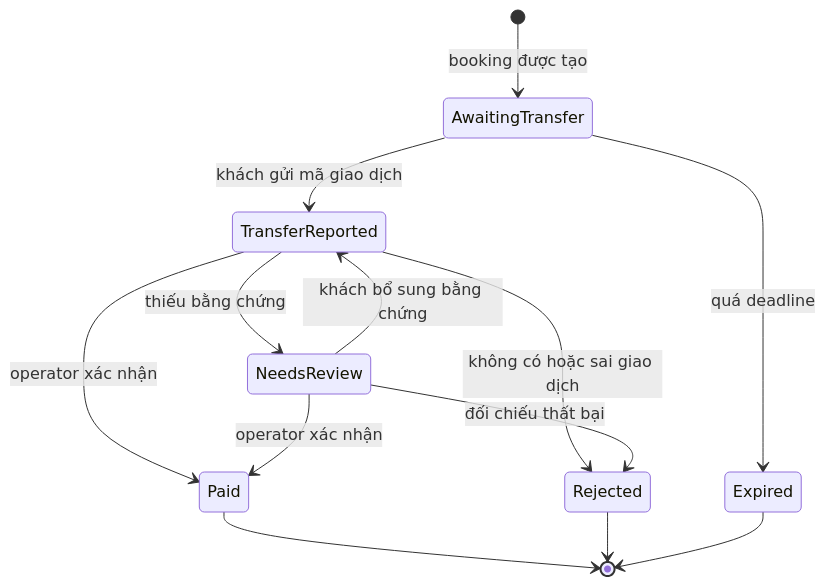
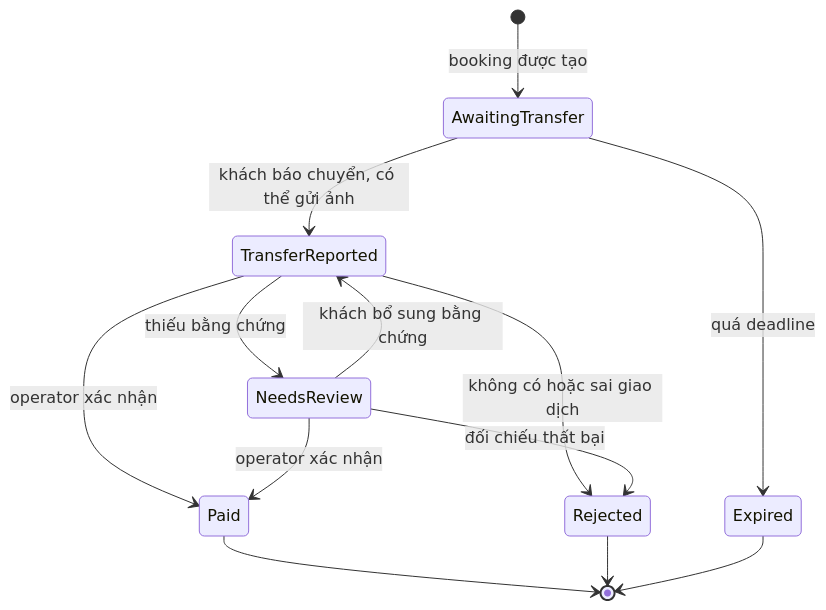
Before and after one commit to nguyendingluong20225878/ShuttleBook: the second of 12 diagrams in docs/02-states-and-sequences.md, drawn with Mermaid. The commit also changed other lines of this file and 111 other files, not shown here.

````diff
--- a/docs/02-states-and-sequences.md
+++ b/docs/02-states-and-sequences.md
@@ -34,15 +37,15 @@
 ```mermaid
 stateDiagram-v2
     [*] --> AwaitingTransfer: booking được tạo
-    AwaitingTransfer --> TransferReported: khách gửi mã giao dịch
+    AwaitingTransfer --> TransferReported: khách báo chuyển, có thể gửi ảnh
     AwaitingTransfer --> Expired: quá deadline
     TransferReported --> Paid: operator xác nhận
     TransferReported --> NeedsReview: thiếu bằng chứng
     TransferReported --> Rejected: không có hoặc sai giao dịch
     NeedsReview --> TransferReported: khách bổ sung bằng chứng
     NeedsReview --> Paid: operator xác nhận
     NeedsReview --> Rejected: đối chiếu thất bại
     Paid --> [*]
     Rejected --> [*]
     Expired --> [*]
 ```
````
